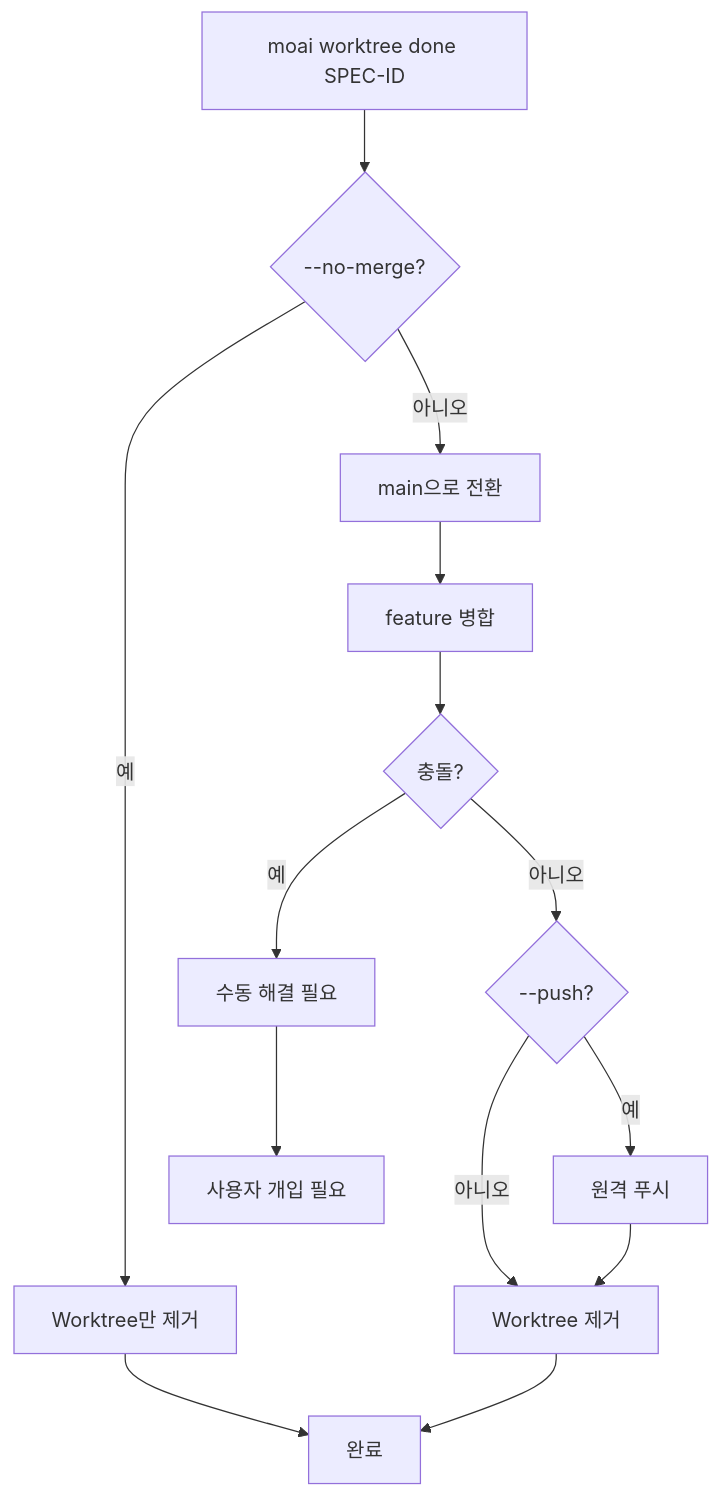
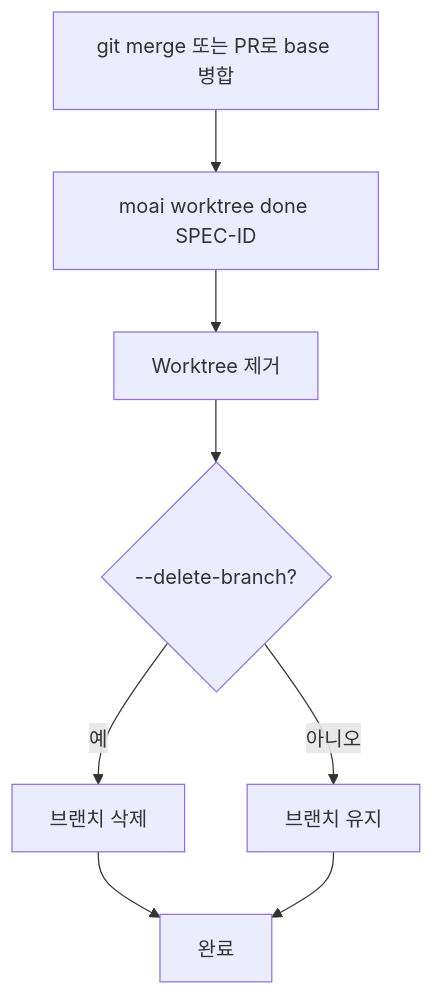
One commit to modu-ai/moai-adk changed the fifth of 9 diagrams in docs-site/content/ko/worktree/faq.md. Above: the diagram before and after it, drawn with Mermaid. The commit also changed other lines of this file and 180 other files, not shown here.

````diff
--- a/docs-site/content/ko/worktree/faq.md
+++ b/docs-site/content/ko/worktree/faq.md
@@ -225,16 +224,10 @@
 ```mermaid
 flowchart TD
-    A[moai worktree done SPEC-ID] --> B{--no-merge?}
-    B -->|예| C[Worktree만 제거]
-    B -->|아니오| D[main으로 전환]
-    D --> E[feature 병합]
-    E --> F{충돌?}
-    F -->|예| G[수동 해결 필요]
-    F -->|아니오| H{--push?}
-    H -->|예| I[원격 푸시]
-    H -->|아니오| J[Worktree 제거]
-    I --> J
-    C --> K[완료]
-    J --> K
-    G --> L[사용자 개입 필요]
+    A[git merge 또는 PR로 base 병합] --> B[moai worktree done SPEC-ID]
+    B --> C[Worktree 제거]
+    C --> D{--delete-branch?}
+    D -->|예| E[브랜치 삭제]
+    D -->|아니오| F[브랜치 유지]
+    E --> G[완료]
+    F --> G[완료]
 ```
````
